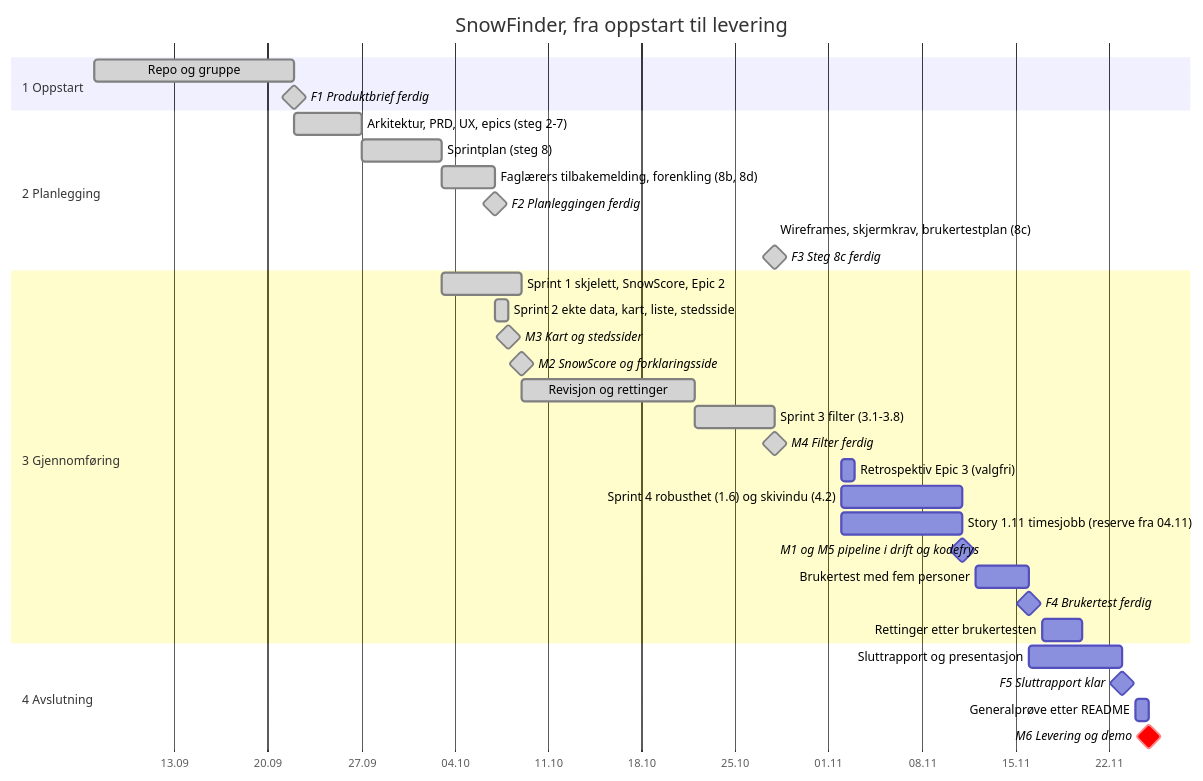
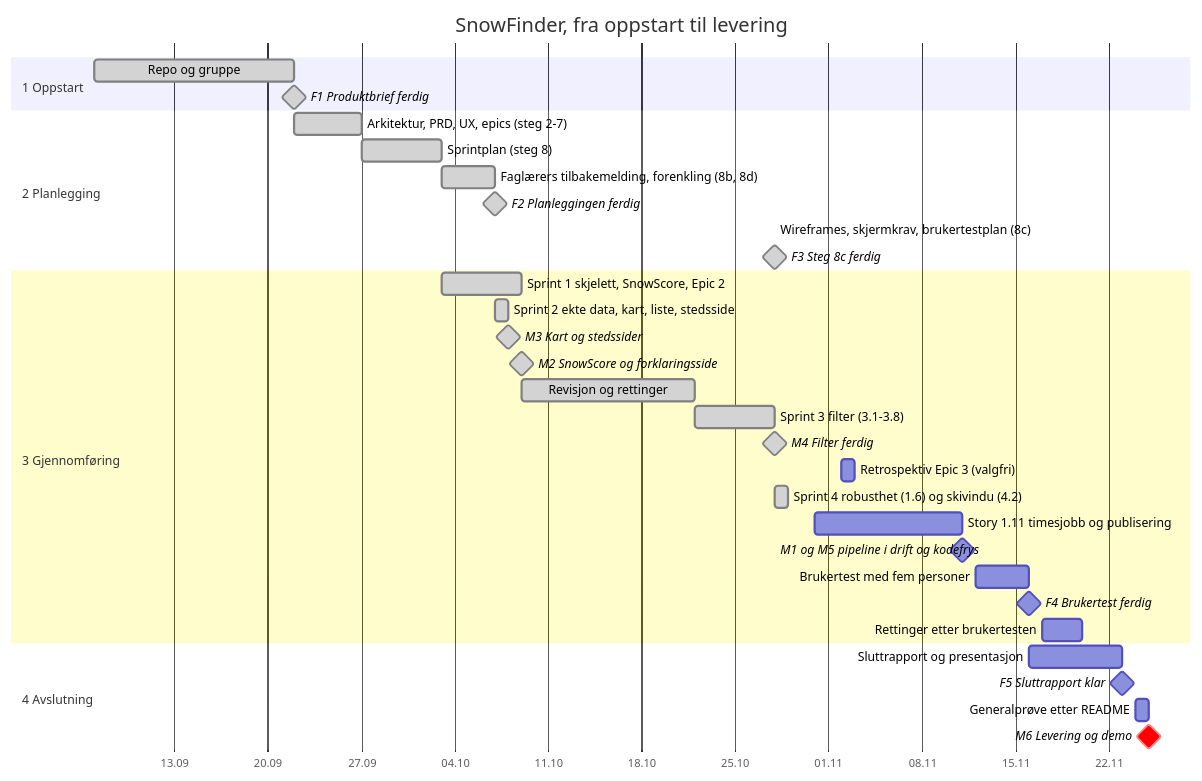
The diagram in project-phase-folders/3-Gjennomføringsfasen/fremdriftsplan.md (IBE160-2026/G18-bikila-dymbe-gela-james), drawn with Mermaid before and after one commit. The commit also changed other lines of this file and 23 other files, not shown here.

````diff
--- a/project-phase-folders/3-Gjennomføringsfasen/fremdriftsplan.md
+++ b/project-phase-folders/3-Gjennomføringsfasen/fremdriftsplan.md
@@ -156,40 +171,40 @@
 ```mermaid
 gantt
     title SnowFinder, fra oppstart til levering
     dateFormat YYYY-MM-DD
     axisFormat %d.%m
 
     section 1 Oppstart
     Repo og gruppe                                : done, 2026-09-07, 2026-09-22
     F1 Produktbrief ferdig                        : milestone, done, 2026-09-22, 0d
 
     section 2 Planlegging
     Arkitektur, PRD, UX, epics (steg 2-7)         : done, 2026-09-22, 2026-09-27
     Sprintplan (steg 8)                           : done, 2026-09-27, 2026-10-03
     Faglærers tilbakemelding, forenkling (8b, 8d) : done, 2026-10-03, 2026-10-07
     F2 Planleggingen ferdig                       : milestone, done, 2026-10-07, 0d
     Wireframes, skjermkrav, brukertestplan (8c)   : done, 2026-10-28, 2026-10-28
     F3 Steg 8c ferdig                             : milestone, done, 2026-10-28, 0d
 
     section 3 Gjennomføring
     Sprint 1 skjelett, SnowScore, Epic 2          : done, 2026-10-03, 2026-10-09
     Sprint 2 ekte data, kart, liste, stedsside    : done, 2026-10-07, 2026-10-08
     M3 Kart og stedssider                         : milestone, done, 2026-10-08, 0d
     M2 SnowScore og forklaringsside               : milestone, done, 2026-10-09, 0d
     Revisjon og rettinger                         : done, 2026-10-09, 2026-10-22
     Sprint 3 filter (3.1-3.8)                     : done, 2026-10-22, 2026-10-28
     M4 Filter ferdig                              : milestone, done, 2026-10-28, 0d
     Retrospektiv Epic 3 (valgfri)                 : 2026-11-02, 2026-11-03
-    Sprint 4 robusthet (1.6) og skivindu (4.2)    : 2026-11-02, 2026-11-11
-    Story 1.11 timesjobb (reserve fra 04.11)      : 2026-11-02, 2026-11-11
+    Sprint 4 robusthet (1.6) og skivindu (4.2)    : done, 2026-10-28, 2026-10-29
+    Story 1.11 timesjobb og publisering           : 2026-10-31, 2026-11-11
     M1 og M5 pipeline i drift og kodefrys         : milestone, 2026-11-11, 0d
     Brukertest med fem personer                   : 2026-11-12, 2026-11-16
     F4 Brukertest ferdig                          : milestone, 2026-11-16, 0d
     Rettinger etter brukertesten                  : 2026-11-17, 2026-11-20
 
     section 4 Avslutning
     Sluttrapport og presentasjon                  : 2026-11-16, 2026-11-23
     F5 Sluttrapport klar                          : milestone, 2026-11-23, 0d
     Generalprøve etter README                     : 2026-11-24, 2026-11-25
     M6 Levering og demo                           : milestone, crit, 2026-11-25, 0d
 ```
````
